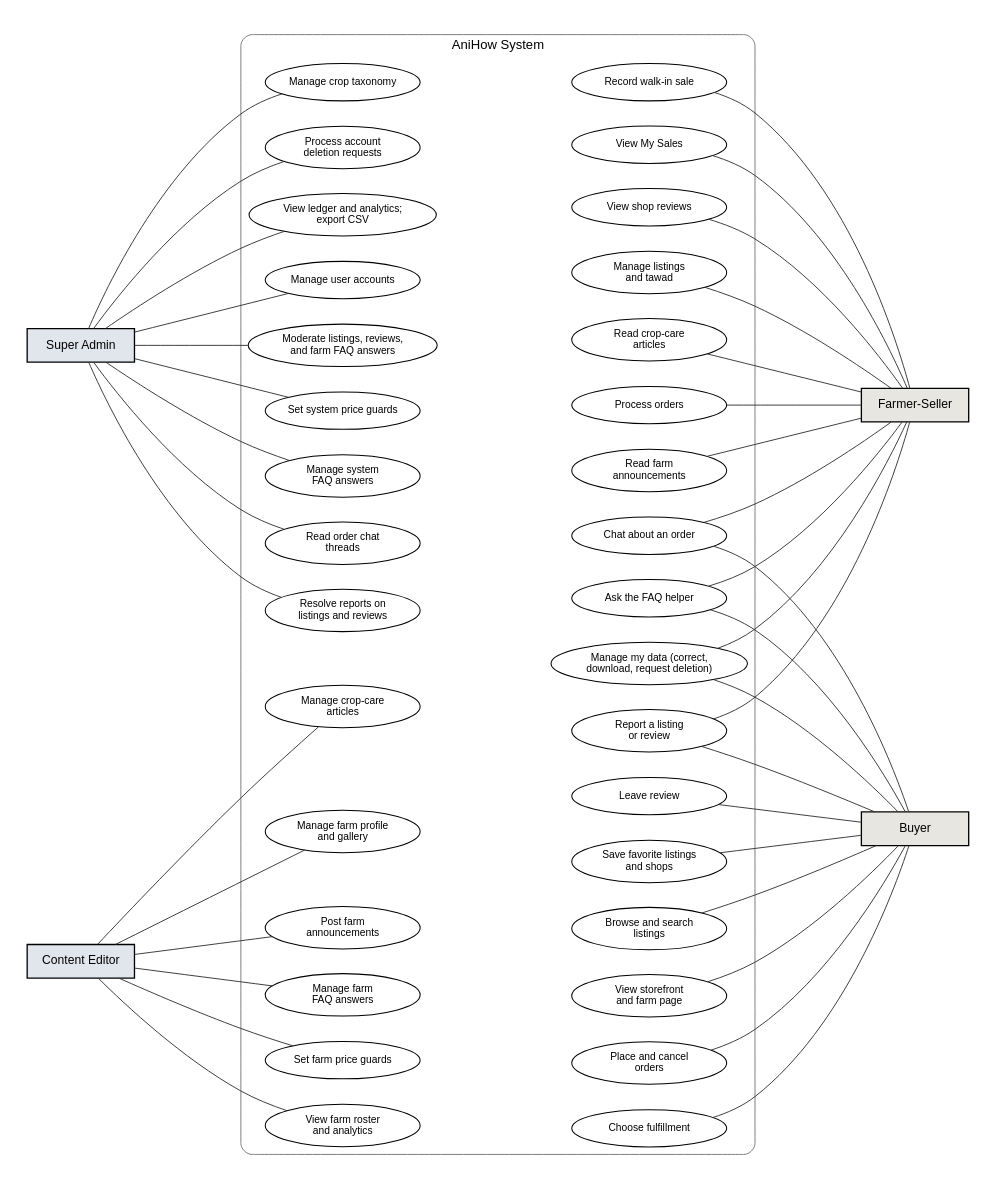
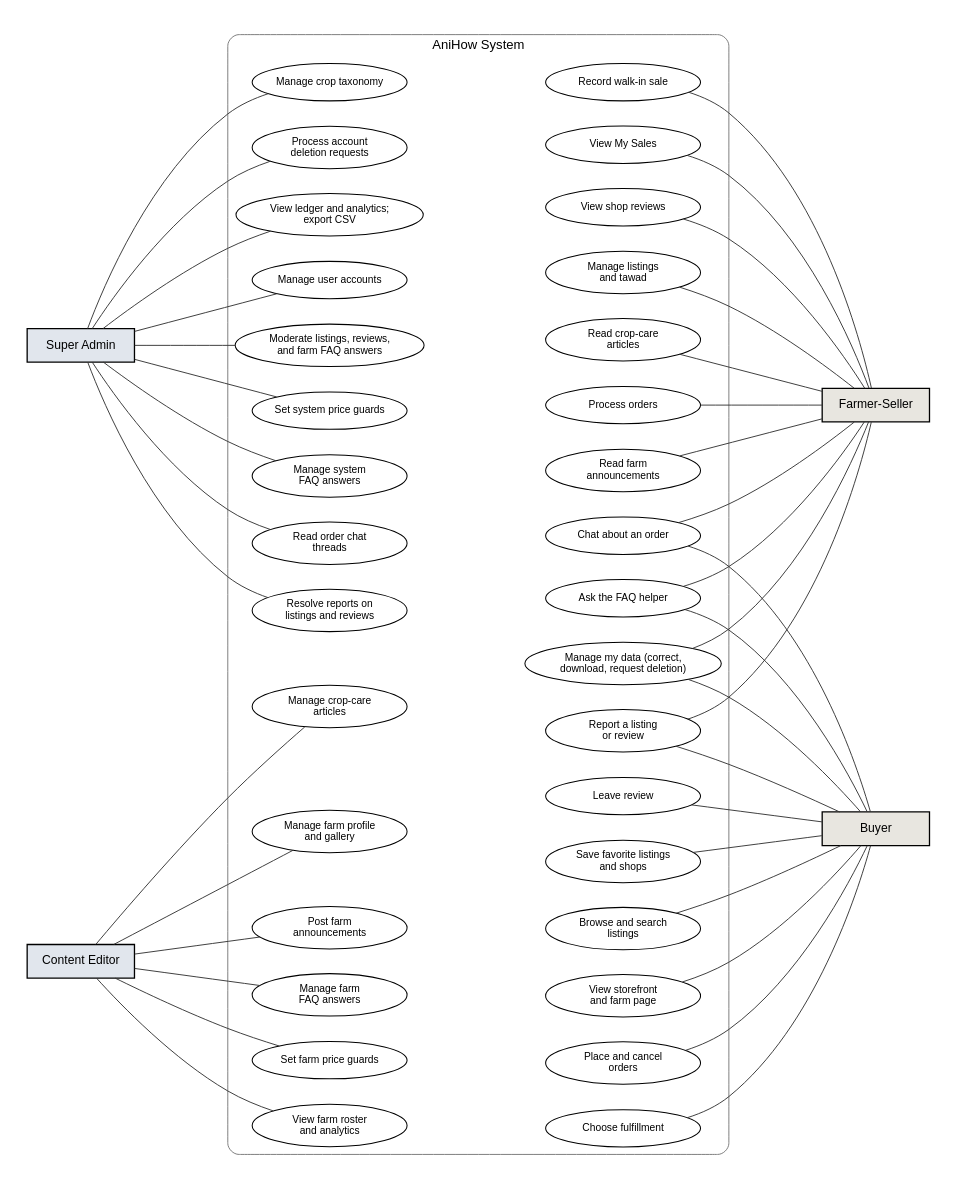
The diagram in docs/manuscript/figures/src/fig5_use_case.dot (shawncastaneda11-commits/anihow-backend), drawn with Graphviz before and after one commit. The commit also changed 40 other files, not shown here.

First line of the commit message:
docs(manuscript): tune diagram spacing to keep on-page text larger

```diff
--- a/docs/manuscript/figures/src/fig5_use_case.dot
+++ b/docs/manuscript/figures/src/fig5_use_case.dot
@@ -1,75 +1,75 @@
 // Figure 5. Use case diagram of AniHow (v3.5, with content reports).
 digraph G {
-  graph [rankdir=LR, nodesep=0.38, ranksep=1.7, pad=0.3, fontname="Liberation Sans", newrank=true, splines=spline];
+  graph [rankdir=LR, nodesep=0.38, ranksep=1.5, pad=0.3, fontname="Liberation Sans", newrank=true, splines=spline];
   node  [fontname="Liberation Sans", fontsize=11];
   edge  [arrowhead=none, penwidth=1.0, color="#333333"];
 
   node [shape=box, style="filled", penwidth=1.4, fontsize=13, width=1.6];
   sa [label="Super Admin",    fillcolor="#E1E6ED"];
   ce [label="Content Editor", fillcolor="#E1E6ED"];
   fs [label="Farmer-Seller",  fillcolor="#E8E6E0"];
   by [label="Buyer",          fillcolor="#E8E6E0"];
 
   subgraph cluster_sys {
     label="AniHow System"; style="rounded"; color="#777777"; fontsize=14;
     node [shape=ellipse, style="solid", penwidth=1.1, width=2.3, height=0.55, fontsize=11];
 
     // Super Admin (CMS)
     sa1 [label="Manage user accounts"];
     sa2 [label="Set system price guards"];
     sa3 [label="Manage crop taxonomy"];
     sa4 [label="Moderate listings, reviews,\nand farm FAQ answers"];
     sa5 [label="Manage system\nFAQ answers"];
     sa6 [label="Process account\ndeletion requests"];
     sa7 [label="View ledger and analytics;\nexport CSV"];
     sa8 [label="Read order chat\nthreads"];
     sa9 [label="Resolve reports on\nlistings and reviews"];
 
     // Content Editor (CMS, own farm)
     ce1 [label="Manage crop-care\narticles"];
     ce2 [label="Manage farm profile\nand gallery"];
     ce3 [label="Post farm\nannouncements"];
     ce4 [label="Manage farm\nFAQ answers"];
     ce5 [label="Set farm price guards"];
     ce6 [label="View farm roster\nand analytics"];
 
     // Farmer-Seller (app)
     fs1 [label="Manage listings\nand tawad"];
     fs2 [label="Process orders"];
     fs3 [label="Record walk-in sale"];
     fs4 [label="Read crop-care\narticles"];
     fs5 [label="Read farm\nannouncements"];
     fs6 [label="View My Sales"];
     fs7 [label="View shop reviews"];
 
     // Shared by both app users
     sh1 [label="Chat about an order"];
     sh2 [label="Ask the FAQ helper"];
     sh3 [label="Manage my data (correct,\ndownload, request deletion)"];
     sh4 [label="Report a listing\nor review"];
 
     // Buyer (app)
     by1 [label="Browse and search\nlistings"];
     by2 [label="View storefront\nand farm page"];
     by3 [label="Place and cancel\norders"];
     by4 [label="Choose fulfillment"];
     by5 [label="Leave review"];
     by6 [label="Save favorite listings\nand shops"];
   }
 
   sa -> {sa1 sa2 sa3 sa4 sa5 sa6 sa7 sa8 sa9};
   ce -> {ce1 ce2 ce3 ce4 ce5 ce6};
   {fs1 fs2 fs3 fs4 fs5 fs6 fs7 sh1 sh2 sh3 sh4} -> fs;
   {sh1 sh2 sh3 sh4 by1 by2 by3 by4 by5 by6} -> by;
 
   // two columns: CMS use cases (left) and app use cases (right)
   {rank=same; sa ce}
   {rank=same; sa1 sa2 sa3 sa4 sa5 sa6 sa7 sa8 sa9 ce1 ce2 ce3 ce4 ce5 ce6}
   {rank=same; fs1 fs2 fs3 fs4 fs5 fs6 fs7 sh1 sh2 sh3 sh4 by1 by2 by3 by4 by5 by6}
   {rank=same; fs by}
   edge [style=invis];
   sa1 -> fs1; sa2 -> fs2; sa3 -> fs3; sa4 -> fs4; sa5 -> fs5; sa6 -> fs6; sa7 -> fs7;
   sa8 -> sh1; sa9 -> sh2; ce1 -> sh3; ce2 -> sh4; ce3 -> by1; ce4 -> by2; ce5 -> by3; ce6 -> by4;
   sa1 -> sa2 -> sa3 -> sa4 -> sa5 -> sa6 -> sa7 -> sa8 -> sa9 -> ce1 -> ce2 -> ce3 -> ce4 -> ce5 -> ce6 [constraint=false];
   fs1 -> fs2 -> fs3 -> fs4 -> fs5 -> fs6 -> fs7 -> sh1 -> sh2 -> sh3 -> sh4 -> by1 -> by2 -> by3 -> by4 -> by5 -> by6 [constraint=false];
 }
```
